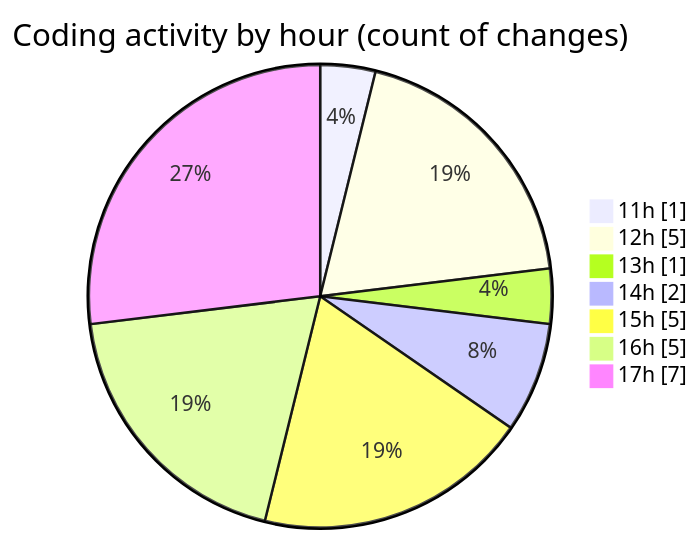
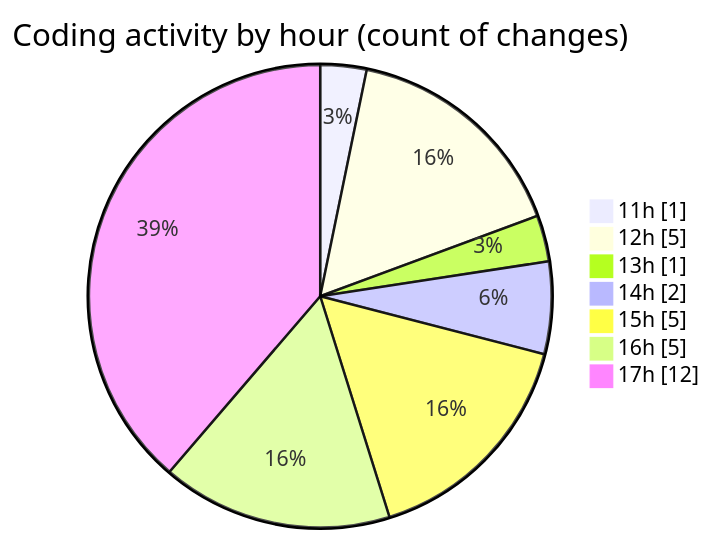
One commit to nxtqubesakshisongat/code-tracking changed the second of 2 diagrams in 2025-11-13/argos/README.md. Above: the diagram before and after it, drawn with Mermaid. The commit also changed other lines of this file and 1 other file, not shown here.

````diff
--- a/2025-11-13/argos/README.md
+++ b/2025-11-13/argos/README.md
@@ -41,11 +42,11 @@
 ```mermaid
 pie showData
 title Coding activity by hour (count of changes)
 "11h" : 1
 "12h" : 5
 "13h" : 1
 "14h" : 2
 "15h" : 5
 "16h" : 5
-"17h" : 7
+"17h" : 12
 ```
````
